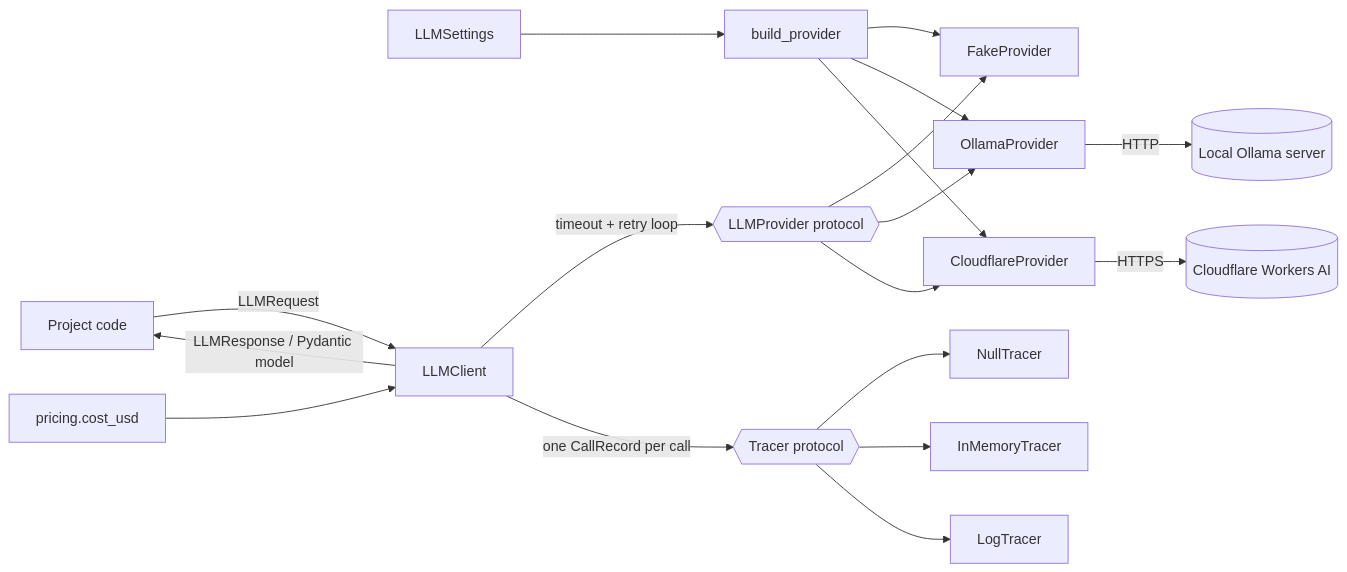
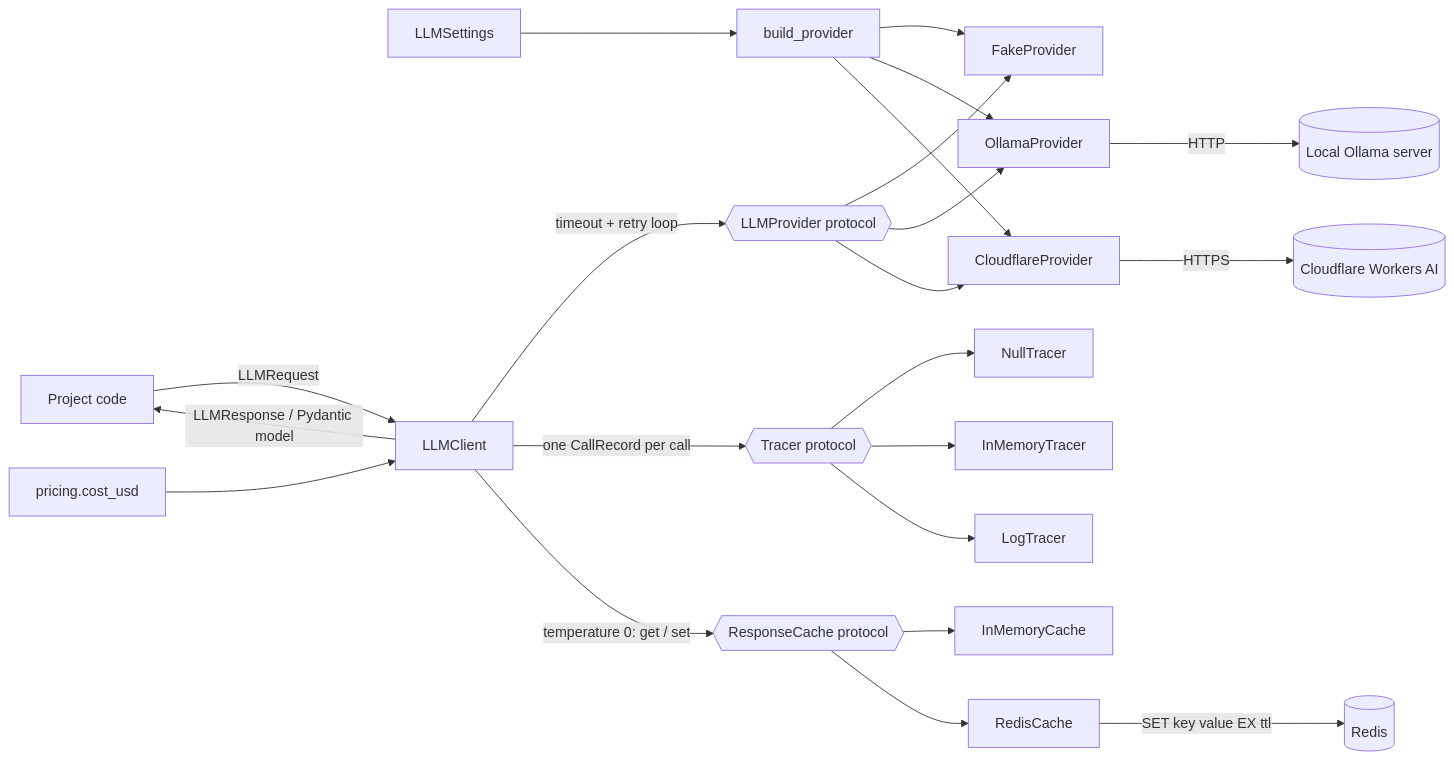
Before and after one commit to jayvyas133/genai-portfolio: the diagram in packages/aicore/README.md, drawn with Mermaid. The commit also changed other lines of this file and 15 other files, not shown here.

Commit message:
feat(aicore): response caching with Redis backend

````diff
--- a/packages/aicore/README.md
+++ b/packages/aicore/README.md
@@ -32,20 +33,24 @@
 ```mermaid
 flowchart LR
     S[LLMSettings] --> B[build_provider]
     B --> F[FakeProvider]
     B --> O[OllamaProvider]
     P[Project code] -->|LLMRequest| C[LLMClient]
     C -->|timeout + retry loop| I{{LLMProvider protocol}}
     I --> F
     I --> O
     B --> CF[CloudflareProvider]
     I --> CF
     CF -->|HTTPS| WA[(Cloudflare Workers AI)]
     O -->|HTTP| L[(Local Ollama server)]
     C -->|LLMResponse / Pydantic model| P
     C -->|one CallRecord per call| T{{Tracer protocol}}
     PR[pricing.cost_usd] --> C
     T --> NT[NullTracer]
     T --> MT[InMemoryTracer]
     T --> LT[LogTracer]
+    C -->|temperature 0: get / set| RC{{ResponseCache protocol}}
+    RC --> IC[InMemoryCache]
+    RC --> RD[RedisCache]
+    RD -->|SET key value EX ttl| R[(Redis)]
 ```
````
